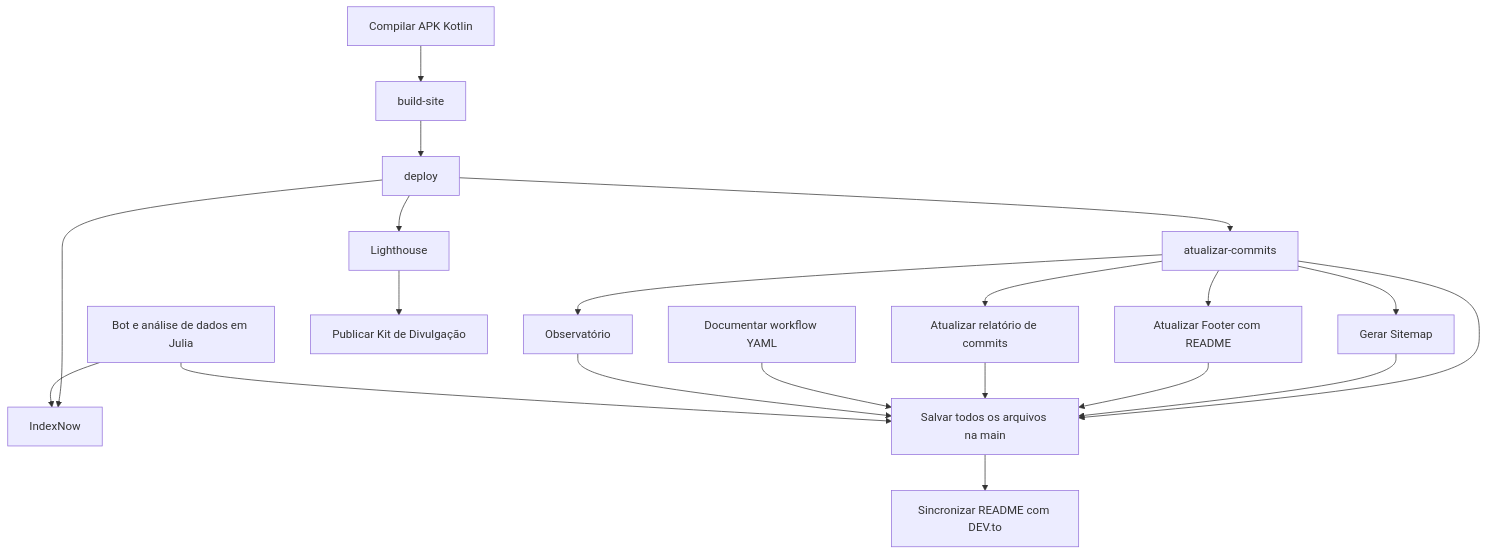
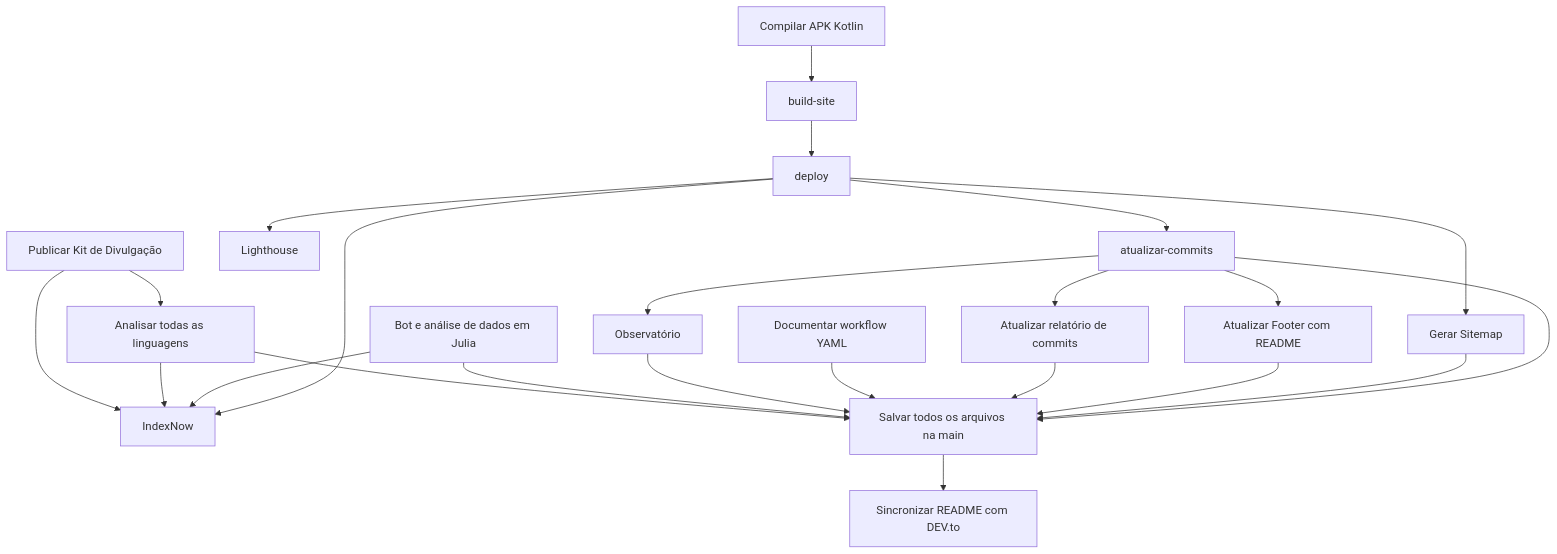
Before and after one commit to mulher-amparada/mulher-amparada-app: the diagram in pesquisas/workflow.md, drawn with Mermaid. The commit also changed other lines of this file and 7 other files, not shown here.

````diff
--- a/pesquisas/workflow.md
+++ b/pesquisas/workflow.md
@@ -32,37 +33,41 @@
 ```mermaid
 flowchart TD
     job_build["Compilar APK Kotlin"]
+    job_linguagens["Analisar todas as linguagens"]
     job_bot["Bot e análise de dados em Julia"]
     job_build_site["build-site"]
     job_deploy["deploy"]
     job_atualizar_commits["atualizar-commits"]
     job_sincronizar_devto["Sincronizar README com DEV.to"]
     job_sitemap["Gerar Sitemap"]
     job_indexnow["IndexNow"]
     job_lighthouse["Lighthouse"]
     job_publicar_divulgacao["Publicar Kit de Divulgação"]
     job_observatorio["Observatório"]
     job_atualizar_footer["Atualizar Footer com README"]
     job_atualizar_relatorio_commits["Atualizar relatório de commits"]
     job_pesquisar_projeto["Documentar workflow YAML"]
     job_salvar_na_main["Salvar todos os arquivos na main"]
+    job_publicar_divulgacao --> job_linguagens
     job_build --> job_build_site
     job_build_site --> job_deploy
     job_deploy --> job_atualizar_commits
     job_salvar_na_main --> job_sincronizar_devto
-    job_atualizar_commits --> job_sitemap
+    job_deploy --> job_sitemap
     job_deploy --> job_indexnow
     job_bot --> job_indexnow
+    job_linguagens --> job_indexnow
+    job_publicar_divulgacao --> job_indexnow
     job_deploy --> job_lighthouse
-    job_lighthouse --> job_publicar_divulgacao
     job_atualizar_commits --> job_observatorio
     job_atualizar_commits --> job_atualizar_footer
     job_atualizar_commits --> job_atualizar_relatorio_commits
     job_atualizar_commits --> job_salvar_na_main
     job_sitemap --> job_salvar_na_main
     job_atualizar_footer --> job_salvar_na_main
     job_atualizar_relatorio_commits --> job_salvar_na_main
     job_pesquisar_projeto --> job_salvar_na_main
     job_observatorio --> job_salvar_na_main
     job_bot --> job_salvar_na_main
+    job_linguagens --> job_salvar_na_main
 ```
````
